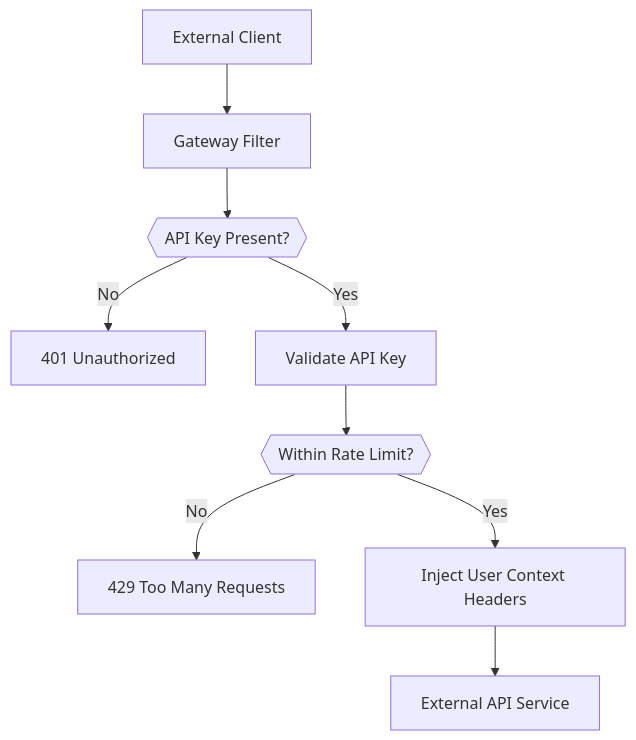
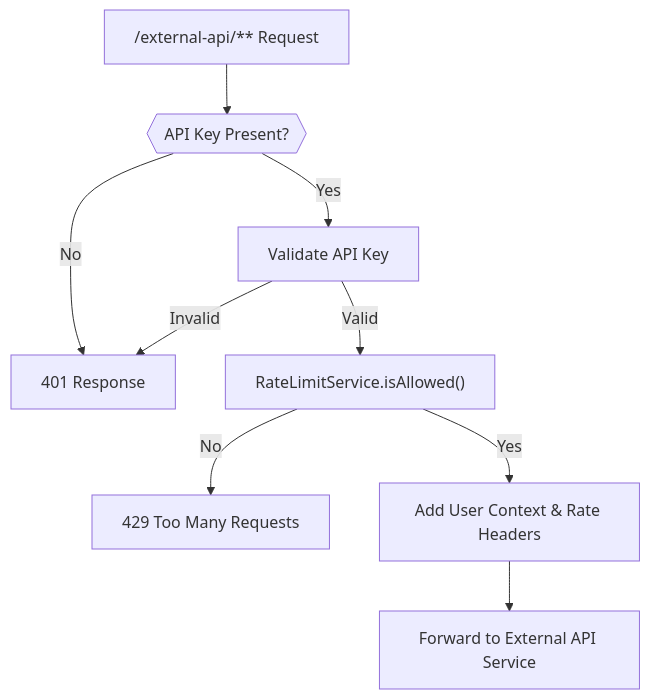
Before and after one commit to flamingo-stack/openframe-oss-lib: the fourth of 8 diagrams in docs/reference/architecture/gateway-service-core/gateway-service-core.md, drawn with Mermaid. The commit also changed other lines of this file and 172 other files, not shown here.

````diff
--- a/docs/reference/architecture/gateway-service-core/gateway-service-core.md
+++ b/docs/reference/architecture/gateway-service-core/gateway-service-core.md
@@ -271,11 +112,11 @@
 ```mermaid
 flowchart TD
-    Client["External Client"] --> Gateway["Gateway Filter"]
-    Gateway --> ApiKeyCheck{{"API Key Present?"}}
-    ApiKeyCheck -->|"No"| Reject["401 Unauthorized"]
-    ApiKeyCheck -->|"Yes"| Validate["Validate API Key"]
-    Validate --> RateCheck{{"Within Rate Limit?"}}
-    RateCheck -->|"No"| TooMany["429 Too Many Requests"]
-    RateCheck -->|"Yes"| Inject["Inject User Context Headers"]
-    Inject --> ExternalService["External API Service"]
+    ExtReq["/external-api/** Request"] --> CheckKey{{"API Key Present?"}}
+    CheckKey -->|No| Unauthorized["401 Response"]
+    CheckKey -->|Yes| Validate["Validate API Key"]
+    Validate -->|Invalid| Unauthorized
+    Validate -->|Valid| RateCheck["RateLimitService.isAllowed()"]
+    RateCheck -->|No| TooMany["429 Too Many Requests"]
+    RateCheck -->|Yes| AddHeaders["Add User Context & Rate Headers"]
+    AddHeaders --> Forward["Forward to External API Service"]
 ```
````
